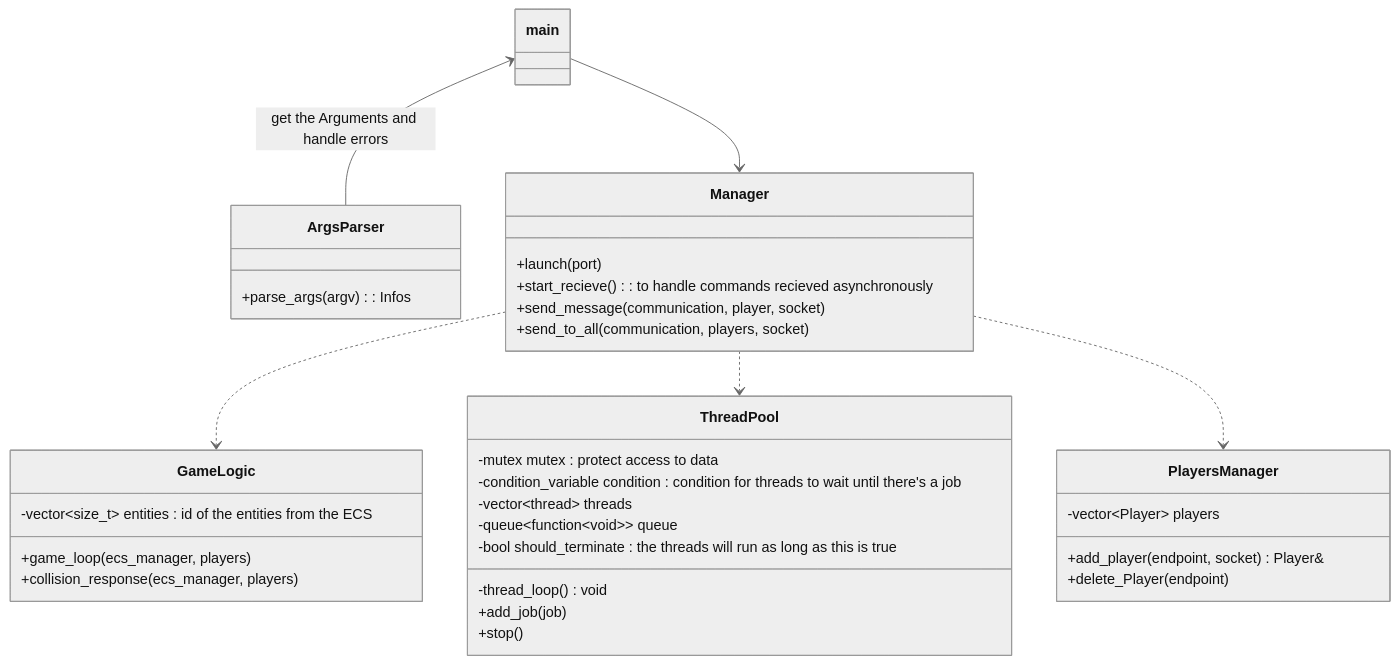
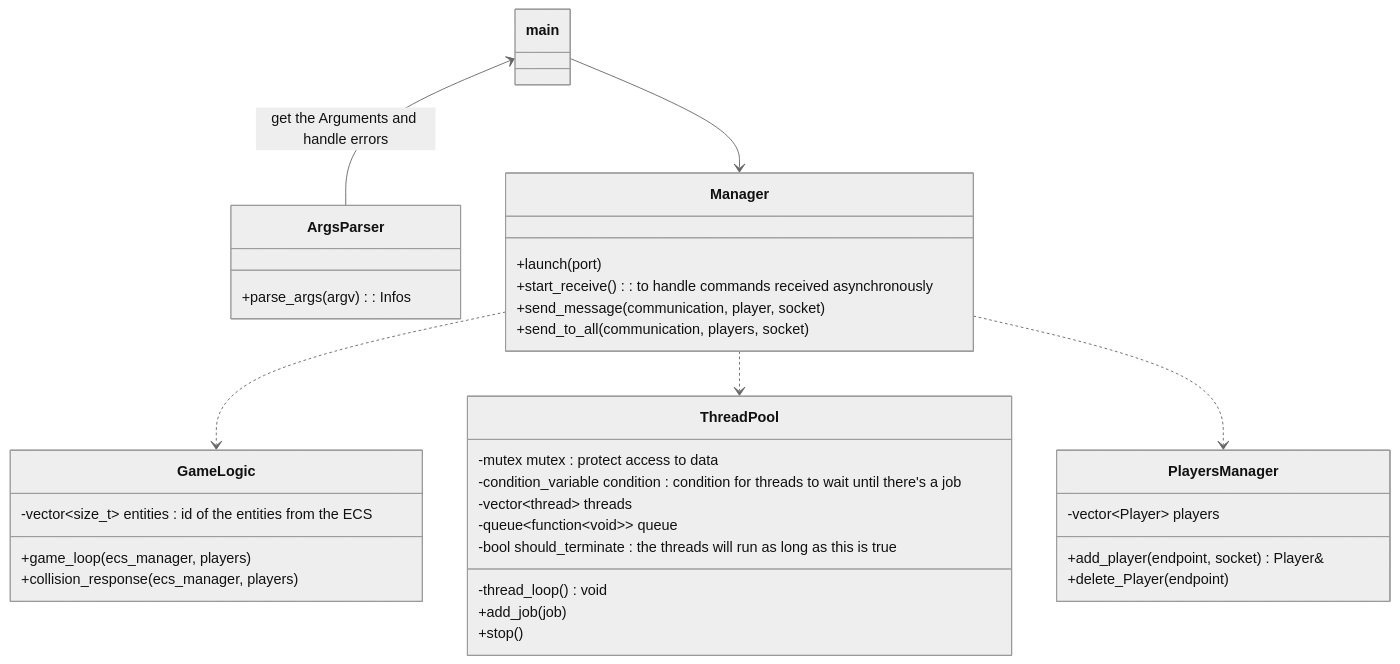
One commit to Lukacms/R-Type changed the first of 3 diagrams in docs/Relations.md. Above: the diagram before and after it, drawn with Mermaid (neutral theme). The commit also changed 5 other files, not shown here.

````diff
--- a/docs/Relations.md
+++ b/docs/Relations.md
@@ -5,40 +5,40 @@
 ```mermaid
 classDiagram
     class ArgsParser {
         +parse_args(argv) : Infos
     }
     class Manager {
         +launch(port)
-        +start_recieve() : to handle commands recieved asynchronously
+        +start_receive() : to handle commands received asynchronously
         +send_message(communication, player, socket)
         +send_to_all(communication, players, socket)
     }
     class ThreadPool {
         -mutex mutex : protect access to data
         -condition_variable condition : condition for threads to wait until there's a job
         -vector~thread~ threads
         -queue~function~void~~ queue
         -bool should_terminate : the threads will run as long as this is true
         -thread_loop() void
         +add_job(job)
         +stop()
     }
     class GameLogic {
         -vector~size_t~ entities : id of the entities from the ECS
         +game_loop(ecs_manager, players)
         +collision_response(ecs_manager, players)
     }
     class PlayersManager {
         +add_player(endpoint, socket) Player&
         +delete_Player(endpoint)
         -vector~Player~ players
     }
     click Manager href "../Server/include/rtype/Manager.hh"
     click ThreadPool href "../Server/include/rtype/clients/ThreadPool.hh"
     click PlayersManager href "../Server/include/rtype/GameLogic/GameLogic.hh"
     main <-- ArgsParser : get the Arguments and handle errors
     main --> Manager
     Manager ..> GameLogic
     Manager ..> ThreadPool
     Manager ..> PlayersManager
 ```
````
